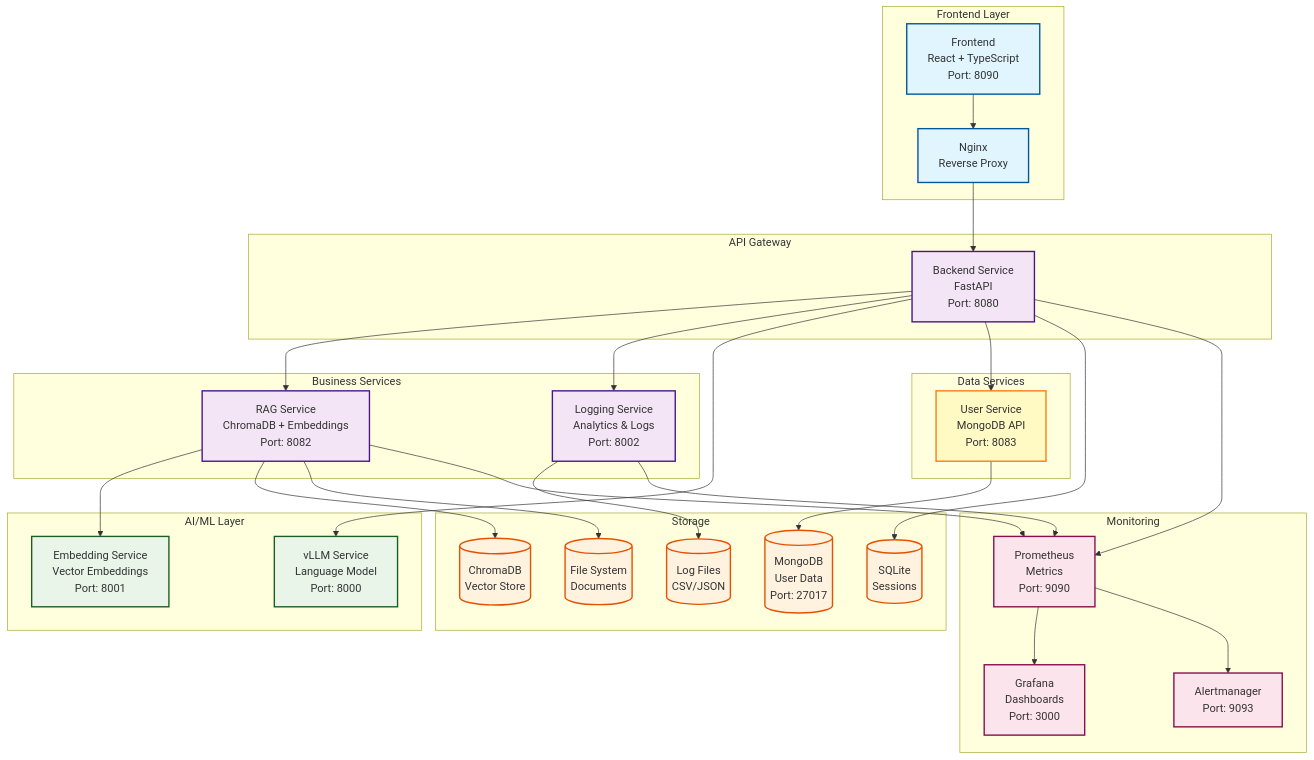
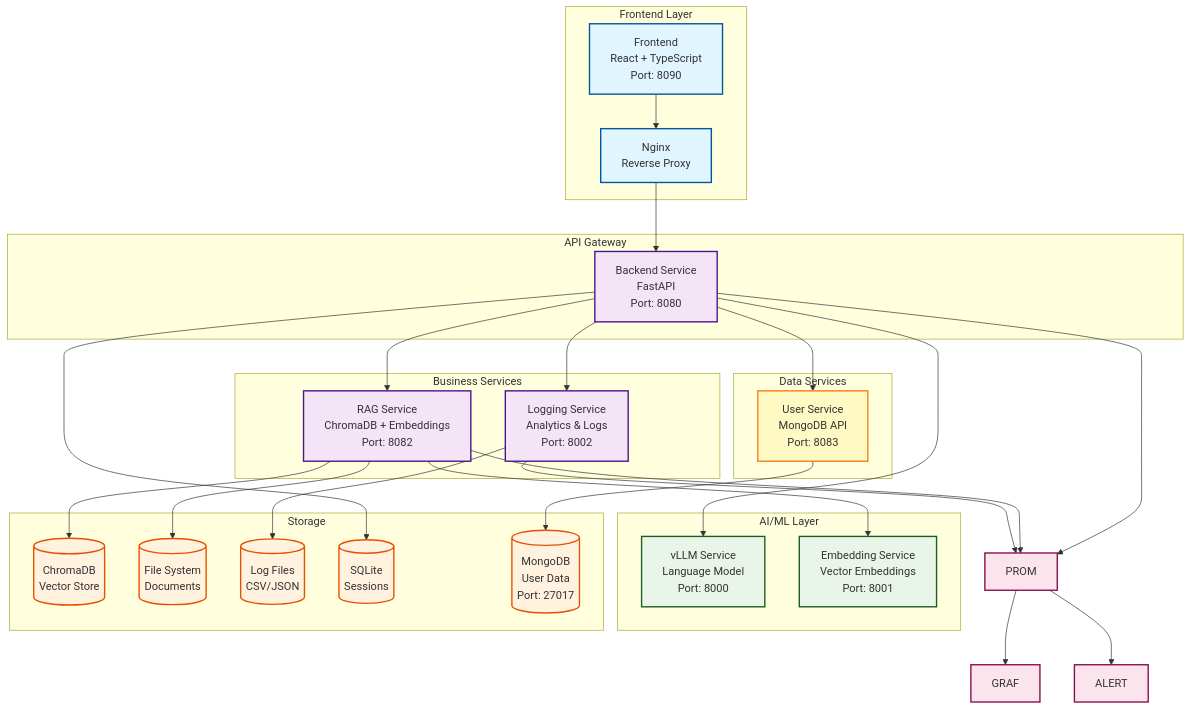
One commit to GabrielFranciscoSM/Chatbot_IA_Ceprud changed the diagram in docs/ARCHITECTURE.md. Above: the diagram before and after it, drawn with Mermaid. The commit also changed other lines of this file and 57 other files, not shown here.

````diff
--- a/docs/ARCHITECTURE.md
+++ b/docs/ARCHITECTURE.md
@@ -49,79 +48,73 @@
 ```mermaid
 graph TB
     subgraph Frontend ["Frontend Layer"]
         FE["Frontend\nReact + TypeScript\nPort: 8090"]
         NGINX["Nginx\nReverse Proxy"]
     end
     
     subgraph Gateway ["API Gateway"]
         BE["Backend Service\nFastAPI\nPort: 8080"]
     end
     
     subgraph Services ["Business Services"]
         RAG["RAG Service\nChromaDB + Embeddings\nPort: 8082"]
         LOG["Logging Service\nAnalytics & Logs\nPort: 8002"]
     end
     
     subgraph AI ["AI/ML Layer"]
         LLM["vLLM Service\nLanguage Model\nPort: 8000"]
         EMB["Embedding Service\nVector Embeddings\nPort: 8001"]
-    end
-    
-    subgraph Monitor ["Monitoring"]
-        PROM["Prometheus\nMetrics\nPort: 9090"]
-        GRAF["Grafana\nDashboards\nPort: 3000"]
-        ALERT["Alertmanager\nPort: 9093"]
     end
     
     subgraph Data ["Data Services"]
         USER["User Service\nMongoDB API\nPort: 8083"]
     end
     
     subgraph Storage ["Storage"]
         CHROMA[("ChromaDB\nVector Store")]
         FILES[("File System\nDocuments")]
         LOGS_DB[("Log Files\nCSV/JSON")]
         SQLITE[("SQLite\nSessions")]
         MONGO[("MongoDB\nUser Data\nPort: 27017")]
     end
     
     %% Frontend connections
     FE --> NGINX
     NGINX --> BE
     
     %% Backend connections
     BE --> RAG
     BE --> LOG
     BE --> LLM
     BE --> USER
     
     %% Service connections
     RAG --> EMB
     RAG --> CHROMA
     RAG --> FILES
     LOG --> LOGS_DB
     BE --> SQLITE
     USER --> MONGO
     
     %% Monitoring connections
     BE --> PROM
     RAG --> PROM
     LOG --> PROM
     PROM --> GRAF
     PROM --> ALERT
     
     %% Styling
     classDef frontend fill:#e1f5fe,stroke:#01579b,stroke-width:2px
     classDef backend fill:#f3e5f5,stroke:#4a148c,stroke-width:2px
     classDef ai fill:#e8f5e8,stroke:#1b5e20,stroke-width:2px
     classDef storage fill:#fff3e0,stroke:#e65100,stroke-width:2px
     classDef monitoring fill:#fce4ec,stroke:#880e4f,stroke-width:2px
     classDef data fill:#fff9c4,stroke:#f57f17,stroke-width:2px
     
     class FE,NGINX frontend
     class BE,RAG,LOG backend
     class LLM,EMB ai
     class CHROMA,FILES,LOGS_DB,SQLITE,MONGO storage
     class PROM,GRAF,ALERT monitoring
     class USER data
 ```
````
